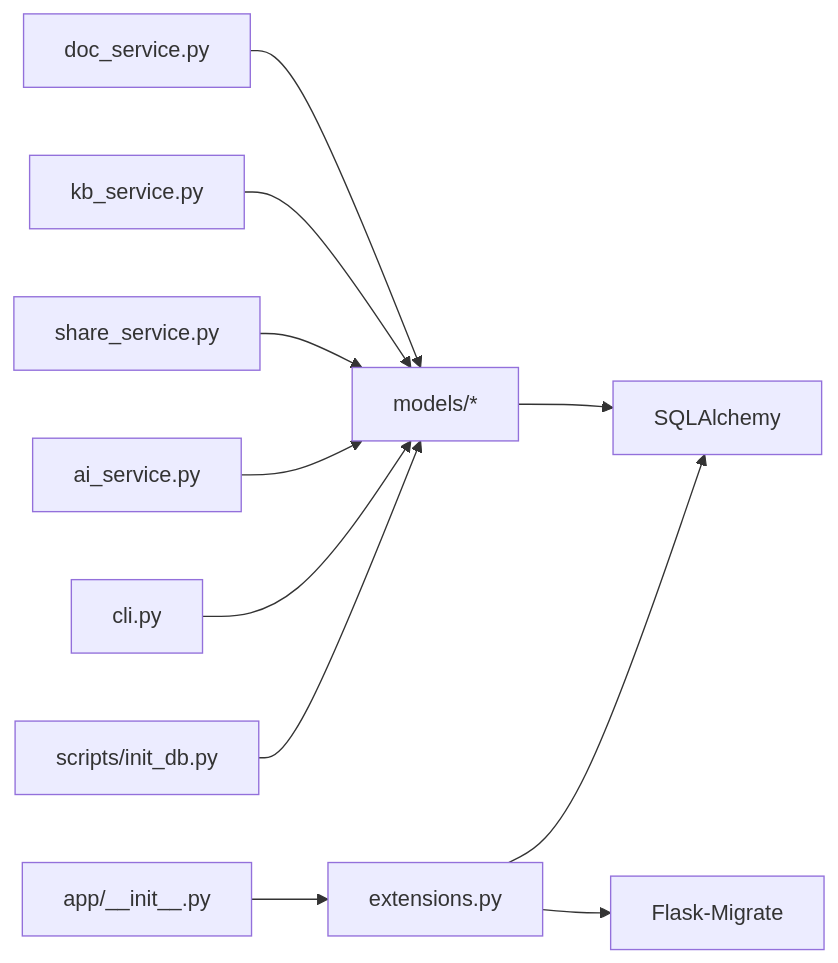
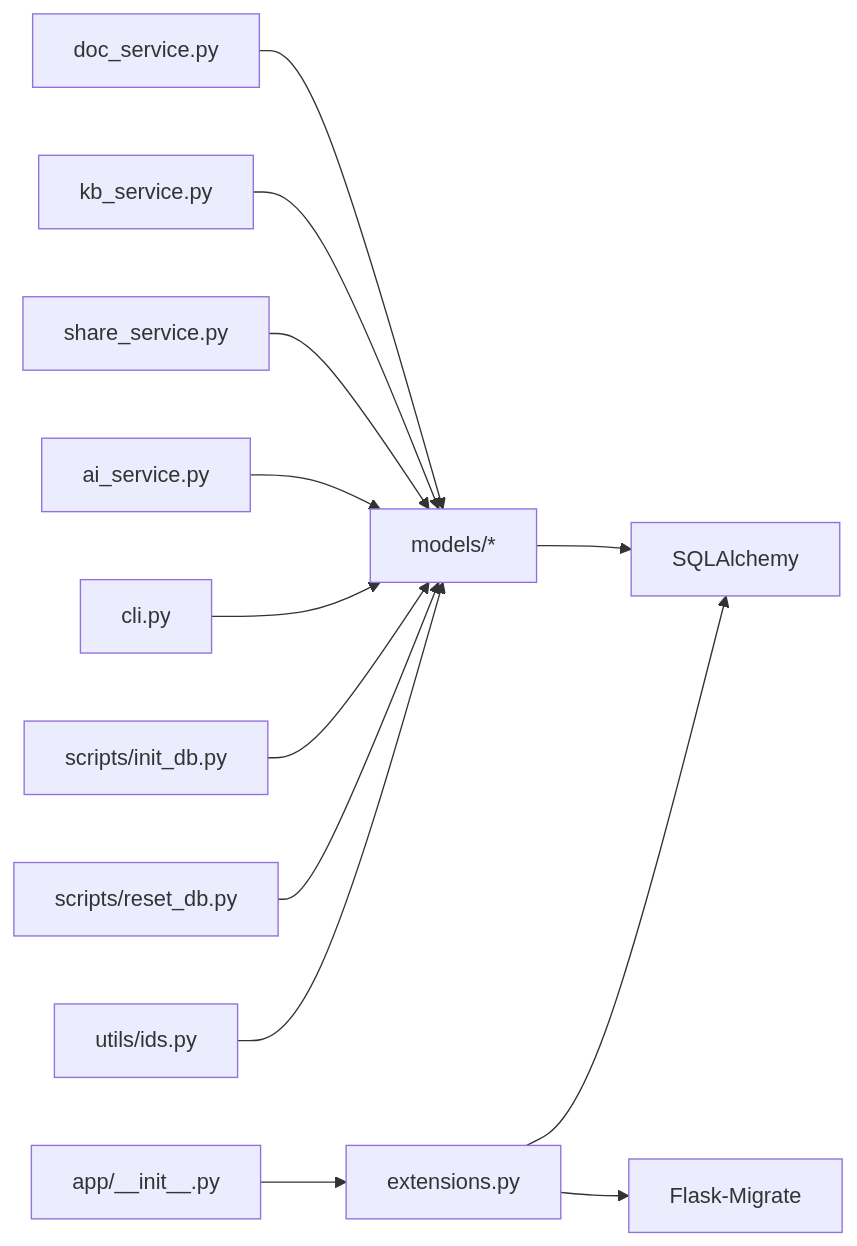
The eighth of 8 diagrams in .qoder/repowiki/zh/content/架构设计/数据持久化架构/数据库管理.md (beyondalbert/my_wiki), drawn with Mermaid before and after one commit. The commit also changed other lines of this file and 21 other files, not shown here.

````diff
--- a/.qoder/repowiki/zh/content/架构设计/数据持久化架构/数据库管理.md
+++ b/.qoder/repowiki/zh/content/架构设计/数据持久化架构/数据库管理.md
@@ -338,13 +411,15 @@
 ```mermaid
 graph LR
 SVC_DOC["doc_service.py"] --> MODELS["models/*"]
 SVC_KB["kb_service.py"] --> MODELS
 SVC_SHARE["share_service.py"] --> MODELS
 SVC_AI["ai_service.py"] --> MODELS
 CLI["cli.py"] --> MODELS
 INIT["scripts/init_db.py"] --> MODELS
+RESET["scripts/reset_db.py"] --> MODELS
+IDS["utils/ids.py"] --> MODELS
 MODELS --> DB["SQLAlchemy"]
 APP["app/__init__.py"] --> EXT["extensions.py"]
 EXT --> DB
 EXT --> MIG["Flask-Migrate"]
 ```
````
